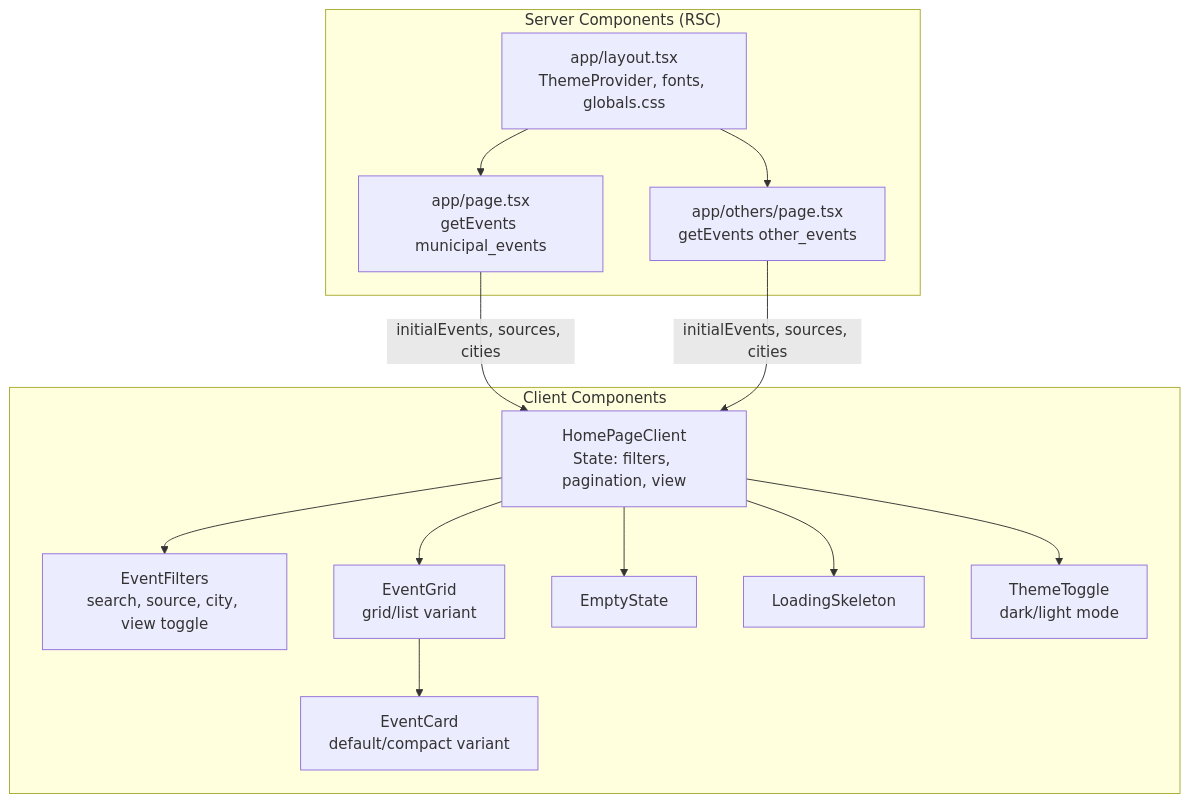
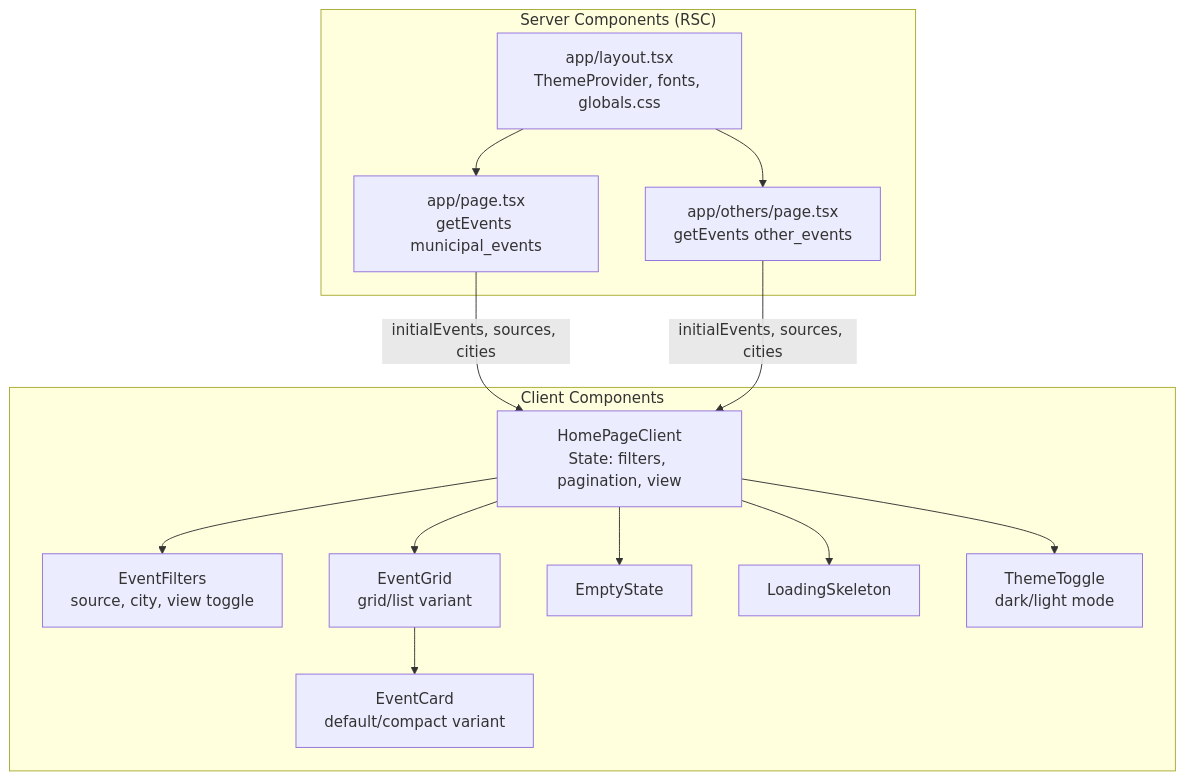
The first of 3 diagrams in docs/components.md (bharatbhusal/weekends-plan), drawn with Mermaid before and after one commit. The commit also changed other lines of this file and 10 other files, not shown here.

````diff
--- a/docs/components.md
+++ b/docs/components.md
@@ -5,29 +5,29 @@
 ```mermaid
 graph TB
     subgraph "Server Components (RSC)"
         ROOT[app/layout.tsx<br/>ThemeProvider, fonts, globals.css]
         HOME[app/page.tsx<br/>getEvents municipal_events]
         OTHER[app/others/page.tsx<br/>getEvents other_events]
     end
 
     subgraph "Client Components"
         HPC[HomePageClient<br/>State: filters, pagination, view]
-        FILTERS[EventFilters<br/>search, source, city, view toggle]
+        FILTERS[EventFilters<br/> source, city, view toggle]
         GRID[EventGrid<br/>grid/list variant]
         CARD[EventCard<br/>default/compact variant]
         EMPTY[EmptyState]
         SKEL[LoadingSkeleton]
         THEME[ThemeToggle<br/>dark/light mode]
     end
 
     ROOT --> HOME
     ROOT --> OTHER
     HOME -->|initialEvents, sources, cities| HPC
     OTHER -->|initialEvents, sources, cities| HPC
     HPC --> THEME
     HPC --> FILTERS
     HPC --> GRID
     GRID --> CARD
     HPC --> EMPTY
     HPC --> SKEL
 ```
````
